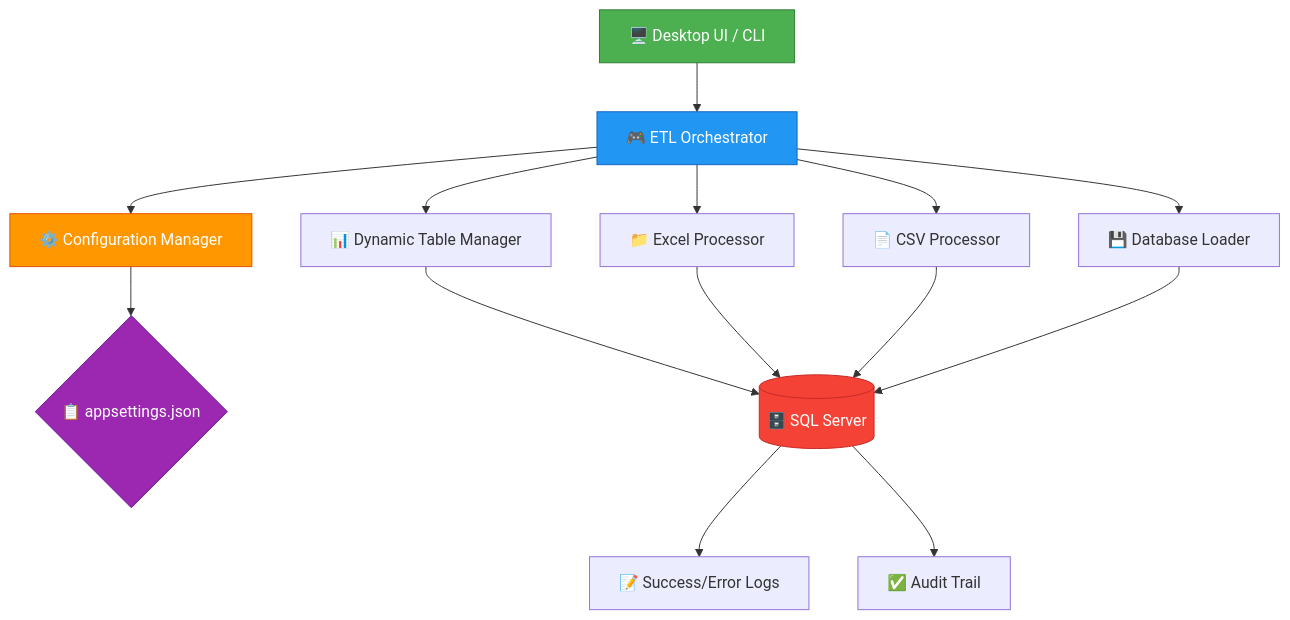
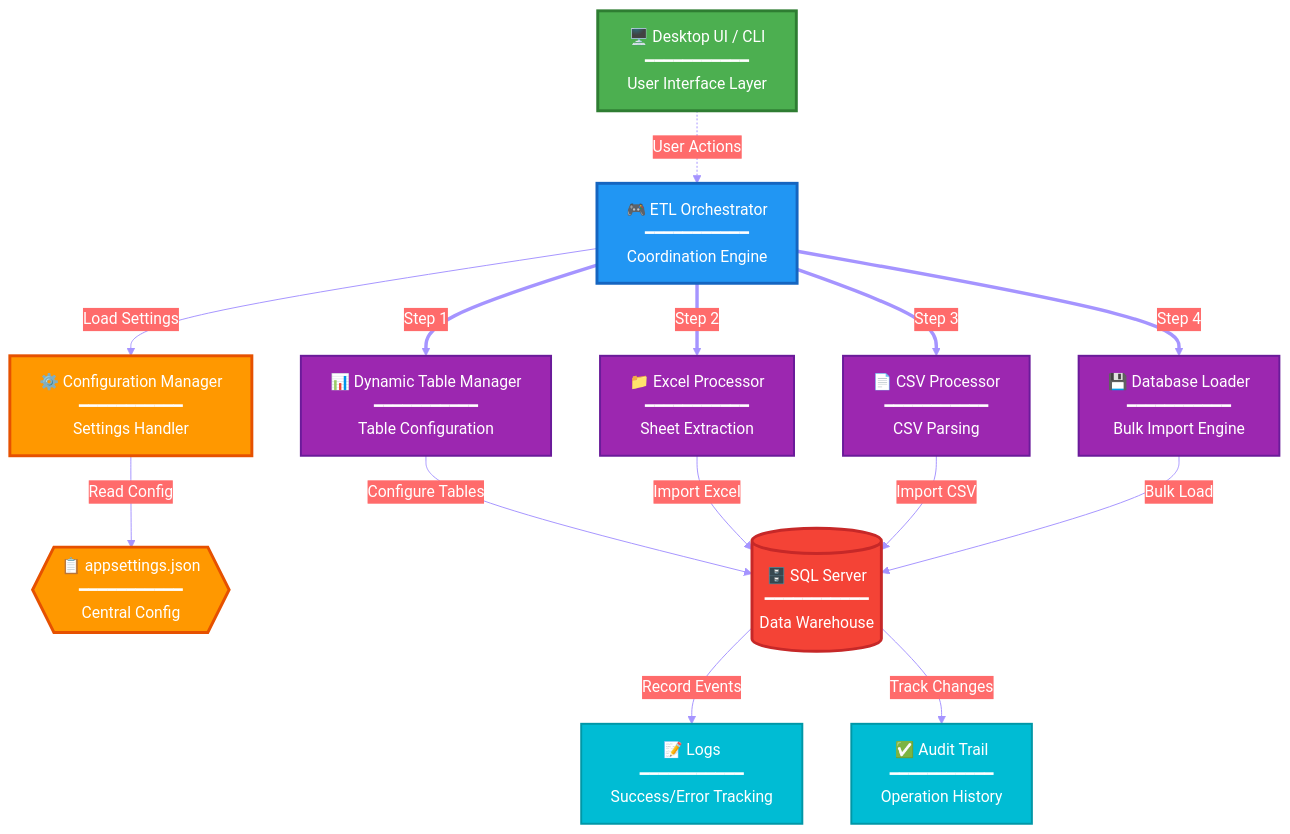
The second of 4 diagrams in README.md (yhassan-git-real/DataForge-ETL), drawn with Mermaid before and after one commit. The commit also changed other lines of this file, not shown here.

````diff
--- a/README.md
+++ b/README.md
@@ -110,25 +335,48 @@
 ```mermaid
+%%{init: {'theme':'base', 'themeVariables': { 'primaryColor':'#6B57FF', 'primaryTextColor':'#fff', 'primaryBorderColor':'#4A3FCC', 'lineColor':'#A594FF', 'secondaryColor':'#FF6B6B', 'tertiaryColor':'#4ECDC4', 'background':'#1a1a2e', 'mainBkg':'#16213e', 'secondBkg':'#0f3460', 'tertiaryBkg':'#533483'}}}%%
 graph TB
-    UI[🖥️ Desktop UI / CLI] --> ORCH[🎮 ETL Orchestrator]
-    ORCH --> CONFIG[⚙️ Configuration Manager]
-    CONFIG --> APPS{📋 appsettings.json}
+    UI["🖥️ Desktop UI / CLI<br/>━━━━━━━━━━━<br/>User Interface Layer"]
+    ORCH["🎮 ETL Orchestrator<br/>━━━━━━━━━━━<br/>Coordination Engine"]
+    CONFIG["⚙️ Configuration Manager<br/>━━━━━━━━━━━<br/>Settings Handler"]
+    APPS{{"📋 appsettings.json<br/>━━━━━━━━━━━<br/>Central Config"}}
     
-    ORCH --> MOD1[📊 Dynamic Table Manager]
-    ORCH --> MOD2[📁 Excel Processor]
-    ORCH --> MOD3[📄 CSV Processor]
-    ORCH --> MOD4[💾 Database Loader]
+    MOD1["📊 Dynamic Table Manager<br/>━━━━━━━━━━━<br/>Table Configuration"]
+    MOD2["📁 Excel Processor<br/>━━━━━━━━━━━<br/>Sheet Extraction"]
+    MOD3["📄 CSV Processor<br/>━━━━━━━━━━━<br/>CSV Parsing"]
+    MOD4["💾 Database Loader<br/>━━━━━━━━━━━<br/>Bulk Import Engine"]
     
-    MOD1 --> DB[(🗄️ SQL Server)]
-    MOD2 --> DB
-    MOD3 --> DB
-    MOD4 --> DB
+    DB[("🗄️ SQL Server<br/>━━━━━━━━━━━<br/>Data Warehouse")]
+    LOGS["📝 Logs<br/>━━━━━━━━━━━<br/>Success/Error Tracking"]
+    AUDIT["✅ Audit Trail<br/>━━━━━━━━━━━<br/>Operation History"]
     
-    DB --> LOGS[📝 Success/Error Logs]
-    DB --> AUDIT[✅ Audit Trail]
+    UI -.->|"User Actions"| ORCH
+    ORCH -->|"Load Settings"| CONFIG
+    CONFIG -->|"Read Config"| APPS
     
-    style UI fill:#4CAF50,stroke:#2E7D32,color:#fff
-    style ORCH fill:#2196F3,stroke:#1565C0,color:#fff
-    style CONFIG fill:#FF9800,stroke:#E65100,color:#fff
-    style APPS fill:#9C27B0,stroke:#6A1B9A,color:#fff
-    style DB fill:#F44336,stroke:#C62828,color:#fff
+    ORCH ==>|"Step 1"| MOD1
+    ORCH ==>|"Step 2"| MOD2
+    ORCH ==>|"Step 3"| MOD3
+    ORCH ==>|"Step 4"| MOD4
+    
+    MOD1 -->|"Configure Tables"| DB
+    MOD2 -->|"Import Excel"| DB
+    MOD3 -->|"Import CSV"| DB
+    MOD4 -->|"Bulk Load"| DB
+    
+    DB -->|"Record Events"| LOGS
+    DB -->|"Track Changes"| AUDIT
+    
+    classDef uiStyle fill:#4CAF50,stroke:#2E7D32,color:#fff,stroke-width:3px
+    classDef orchStyle fill:#2196F3,stroke:#1565C0,color:#fff,stroke-width:3px
+    classDef configStyle fill:#FF9800,stroke:#E65100,color:#fff,stroke-width:3px
+    classDef moduleStyle fill:#9C27B0,stroke:#6A1B9A,color:#fff,stroke-width:2px
+    classDef dbStyle fill:#F44336,stroke:#C62828,color:#fff,stroke-width:3px
+    classDef logStyle fill:#00BCD4,stroke:#0097A7,color:#fff,stroke-width:2px
+    
+    class UI uiStyle
+    class ORCH orchStyle
+    class CONFIG,APPS configStyle
+    class MOD1,MOD2,MOD3,MOD4 moduleStyle
+    class DB dbStyle
+    class LOGS,AUDIT logStyle
 ```
````
